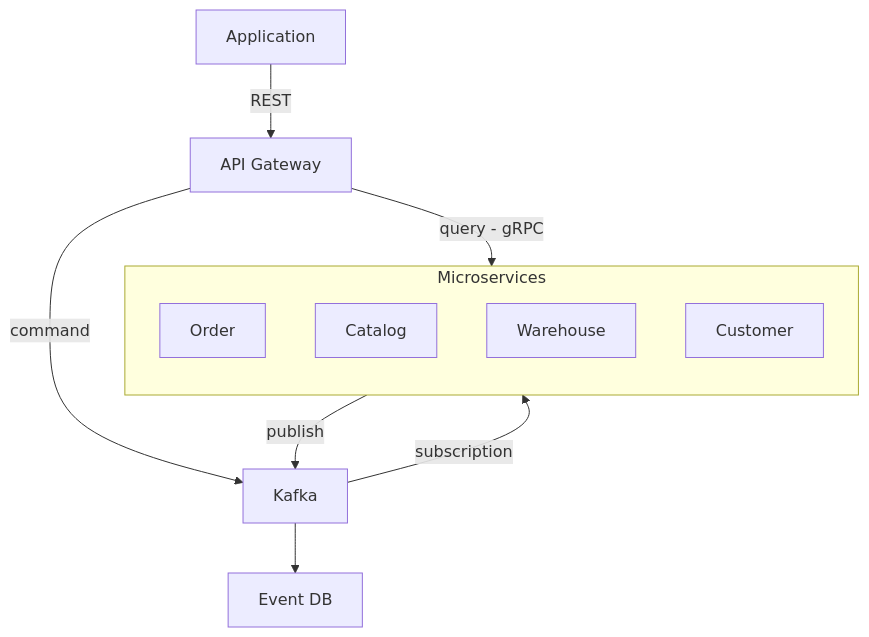
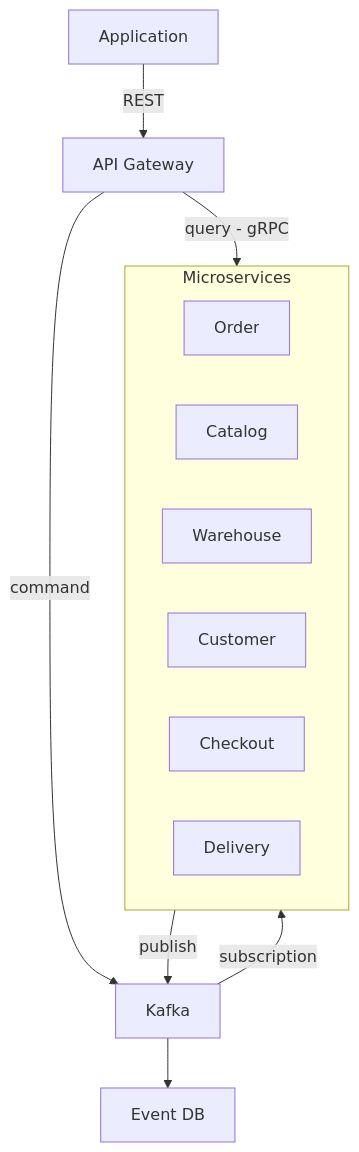
One commit to earelin/tenda changed the diagram in README.md. Above: the diagram before and after it, drawn with Mermaid.

Commit message:
Adding microservices

````diff
--- a/README.md
+++ b/README.md
@@ -5,16 +5,18 @@
 ```mermaid
 flowchart TD
     subgraph Microservices
-        direction TB 
+        direction LR 
         MA[Order] 
         MB[Catalog]
         MC[Warehouse]
         MD[Customer]
+        ME[Checkout]
+        MF[Delivery]
     end
     A[API Gateway] -->|command| B[Kafka]
     B --> D[Event DB]
     A -->|query - gRPC| Microservices
     B -->|subscription| Microservices
     Microservices -->|publish| B
     E[Application] -->|REST| A
 ```
````
